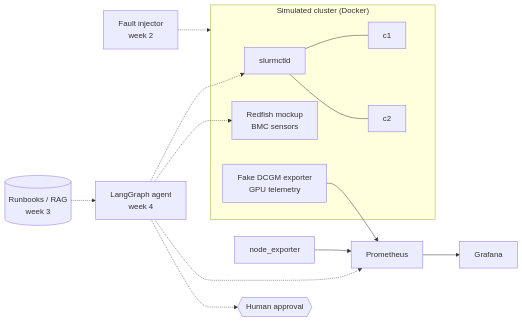
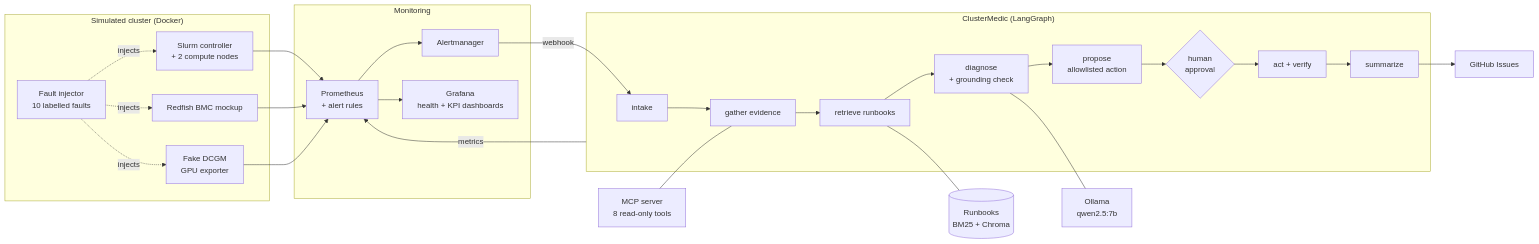
One commit to Vutukuribanurohit02/clustermedic changed the diagram in README.md. Above: the diagram before and after it, drawn with Mermaid. The commit also changed other lines of this file and 1 other file, not shown here.

Commit message:
docs: full README with architecture, measured results, safety design and quick start

````diff
--- a/README.md
+++ b/README.md
@@ -11,15 +22,25 @@
 ```mermaid
 flowchart LR
-    subgraph Cluster["Simulated cluster (Docker)"]
-        CTL[slurmctld] --- C1[c1] & C2[c2]
-        RF[Redfish mockup<br/>BMC sensors]
-        GPU[Fake DCGM exporter<br/>GPU telemetry]
-    end
-    NE[node_exporter] --> PROM[Prometheus]
-    GPU --> PROM
-    PROM --> GRAF[Grafana]
-    FI[Fault injector<br/>week 2] -.-> Cluster
-    AGENT[LangGraph agent<br/>week 4] -.-> CTL & RF & PROM
-    RB[(Runbooks / RAG<br/>week 3)] -.-> AGENT
-    AGENT -.-> HUMAN{{Human approval}}
+  subgraph Cluster["Simulated cluster (Docker)"]
+    S[Slurm controller<br/>+ 2 compute nodes]
+    R[Redfish BMC mockup]
+    G[Fake DCGM<br/>GPU exporter]
+    F[Fault injector<br/>10 labelled faults]
+  end
+  subgraph Mon["Monitoring"]
+    P[Prometheus<br/>+ alert rules]
+    A[Alertmanager]
+    D[Grafana<br/>health + KPI dashboards]
+  end
+  subgraph Agent["ClusterMedic (LangGraph)"]
+    I[intake] --> E[gather evidence] --> Q[retrieve runbooks] --> X[diagnose<br/>+ grounding check] --> PR[propose<br/>allowlisted action] --> AP{human<br/>approval} --> AC[act + verify] --> SU[summarize]
+  end
+  F -. injects .-> S & R & G
+  S & R & G --> P --> A -- webhook --> I
+  P --> D
+  Agent -- metrics --> P
+  Q --- RB[(Runbooks<br/>BM25 + Chroma)]
+  X --- L[Ollama<br/>qwen2.5:7b]
+  SU --> GH[GitHub Issues]
+  MCP[MCP server<br/>8 read-only tools] --- E
 ```
````
